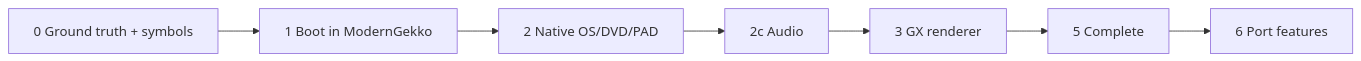
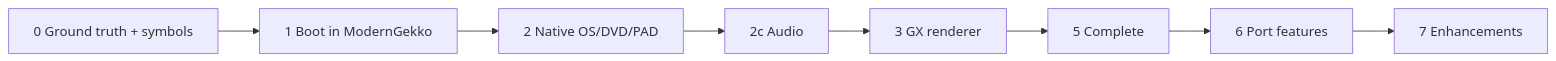
The second of 2 diagrams in twin-snakes-native-port-design.md (alphanu1/msg-twinsnakes-recomp), drawn with Mermaid before and after one commit. The commit also changed other lines of this file and 10 other files, not shown here.

````diff
--- a/twin-snakes-native-port-design.md
+++ b/twin-snakes-native-port-design.md
@@ -310,9 +311,10 @@
 ```mermaid
 flowchart LR
     A[0 Ground truth + symbols] --> B[1 Boot in ModernGekko]
     B --> C[2 Native OS/DVD/PAD]
     C --> D2[2c Audio]
     D2 --> D[3 GX renderer]
     D --> F[5 Complete]
     F --> G[6 Port features]
+    G --> H[7 Enhancements]
 ```
````
